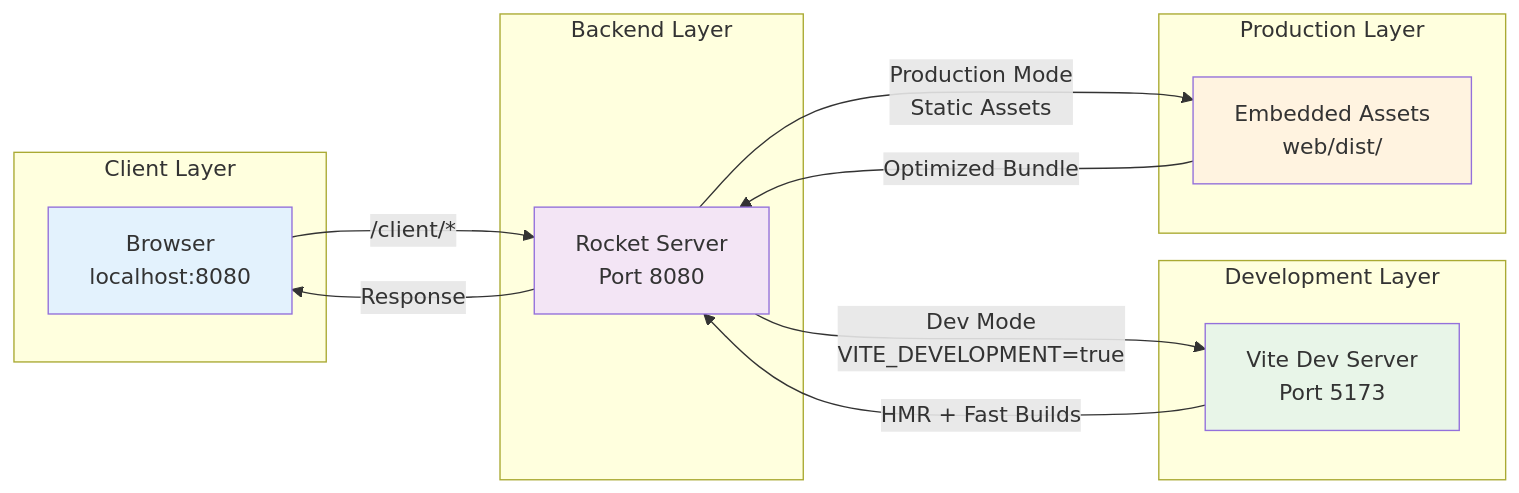
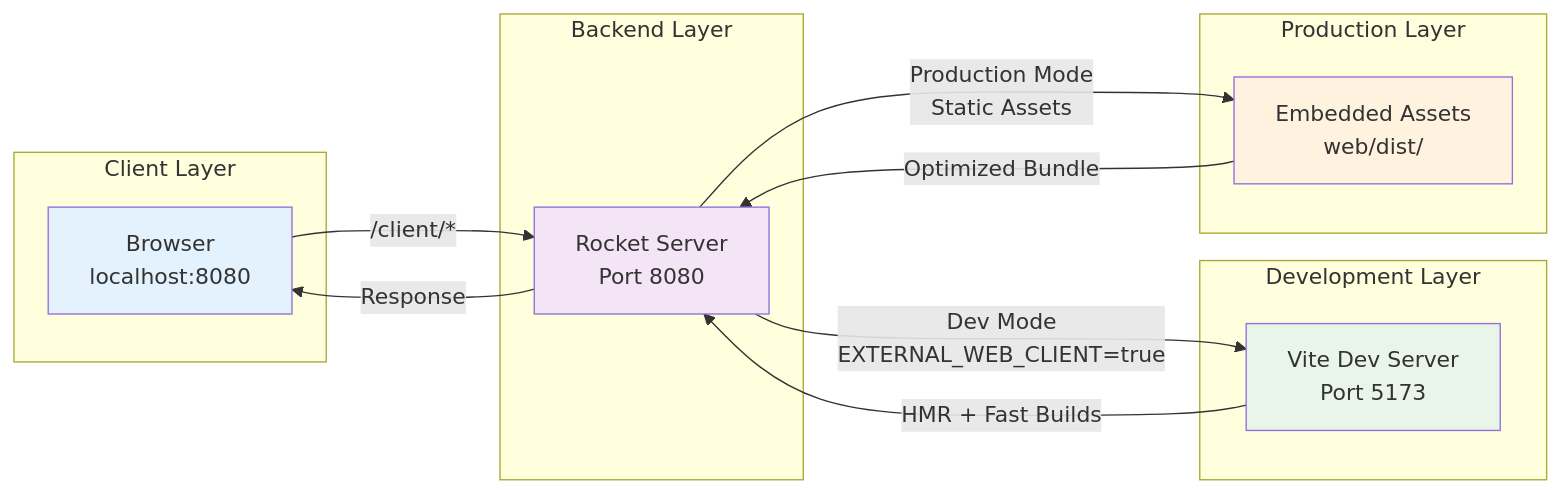
The diagram in docs/vite_dev_with_rocket.md (sctg-development/rust-photoacoustic), drawn with Mermaid before and after one commit. The commit also changed other lines of this file and 5 other files, not shown here.

Commit message:
feat: update environment variable for external web client integration

````diff
--- a/docs/vite_dev_with_rocket.md
+++ b/docs/vite_dev_with_rocket.md
@@ -16,33 +16,33 @@
 ```mermaid
 graph LR
     subgraph "Client Layer"
         BROWSER[Browser<br/>localhost:8080]
     end
     
     subgraph "Backend Layer"
         ROCKET[Rocket Server<br/>Port 8080]
     end
     
     subgraph "Development Layer"
         VITE[Vite Dev Server<br/>Port 5173]
     end
     
     subgraph "Production Layer"
         ASSETS[Embedded Assets<br/>web/dist/]
     end
     
     BROWSER -->|/client/*| ROCKET
     
-    ROCKET -->|Dev Mode<br/>VITE_DEVELOPMENT=true| VITE
+    ROCKET -->|Dev Mode<br/>EXTERNAL_WEB_CLIENT=true| VITE
     ROCKET -->|Production Mode<br/>Static Assets| ASSETS
     
     VITE -->|HMR + Fast Builds| ROCKET
     ASSETS -->|Optimized Bundle| ROCKET
     
     ROCKET -->|Response| BROWSER
     
     style BROWSER fill:#e3f2fd
     style ROCKET fill:#f3e5f5
     style VITE fill:#e8f5e8
     style ASSETS fill:#fff3e0
 ```
````
